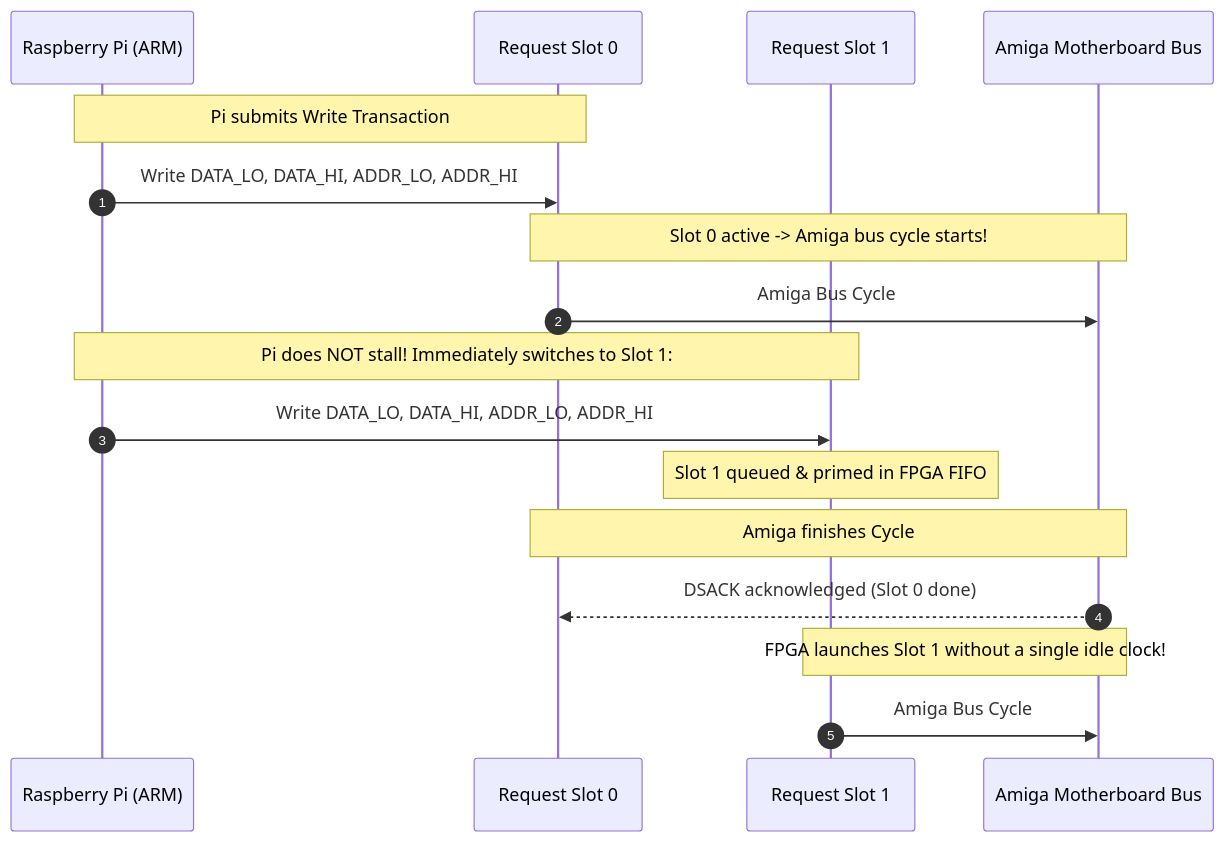
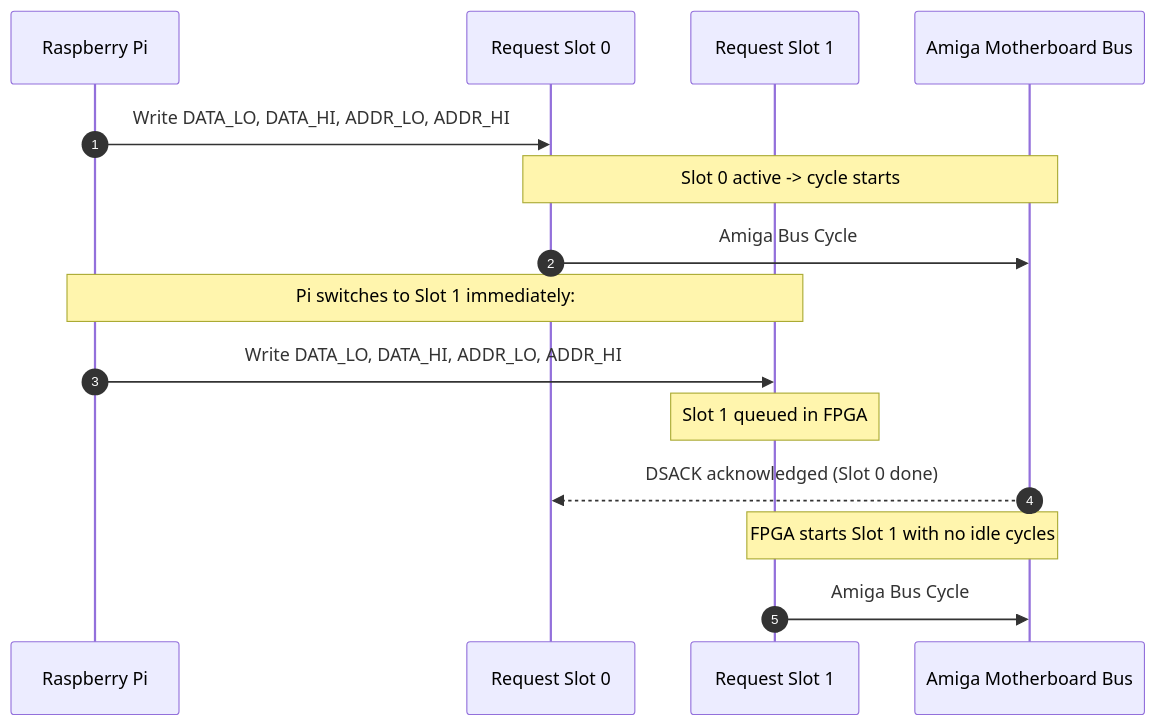
Before and after one commit to PiStorm/pistorm32-lite-gateware: the third of 5 diagrams in DOCS/HOW_IT_WORKS.md, drawn with Mermaid. The commit also changed other lines of this file and 10 other files, not shown here.

````diff
--- a/DOCS/HOW_IT_WORKS.md
+++ b/DOCS/HOW_IT_WORKS.md
@@ -143,23 +142,21 @@
 ```mermaid
 sequenceDiagram
     autonumber
-    participant Pi as Raspberry Pi (ARM)
+    participant Pi as Raspberry Pi
     participant Slot0 as Request Slot 0
     participant Slot1 as Request Slot 1
     participant Bus as Amiga Motherboard Bus
 
-    Note over Pi,Slot0: Pi submits Write Transaction #1
     Pi->>Slot0: Write DATA_LO, DATA_HI, ADDR_LO, ADDR_HI
-    Note over Slot0,Bus: Slot 0 active -> Amiga bus cycle starts!
-    Slot0->>Bus: Amiga Bus Cycle #1 (Duration: 560 ns)
+    Note over Slot0,Bus: Slot 0 active -> cycle starts
+    Slot0->>Bus: Amiga Bus Cycle #1 (560 ns)
 
-    Note over Pi,Slot1: Pi does NOT stall! Immediately switches to Slot 1:
+    Note over Pi,Slot1: Pi switches to Slot 1 immediately:
     Pi->>Slot1: Write DATA_LO, DATA_HI, ADDR_LO, ADDR_HI
-    Note over Slot1: Slot 1 queued & primed in FPGA FIFO
+    Note over Slot1: Slot 1 queued in FPGA
 
-    Note over Bus,Slot0: Amiga finishes Cycle #1
     Bus-->>Slot0: DSACK acknowledged (Slot 0 done)
     
-    Note over Slot1,Bus: FPGA launches Slot 1 without a single idle clock!
-    Slot1->>Bus: Amiga Bus Cycle #2 (Duration: 560 ns)
+    Note over Slot1,Bus: FPGA starts Slot 1 with no idle cycles
+    Slot1->>Bus: Amiga Bus Cycle #2 (560 ns)
 ```
````
